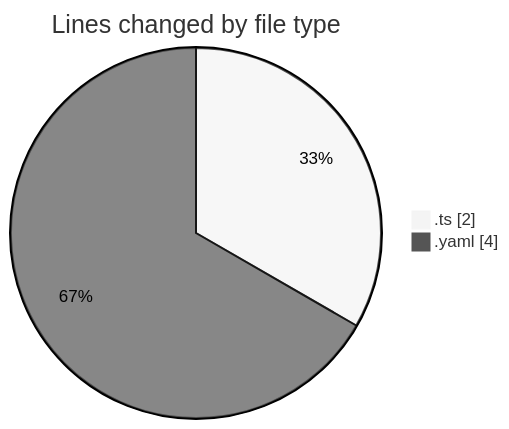
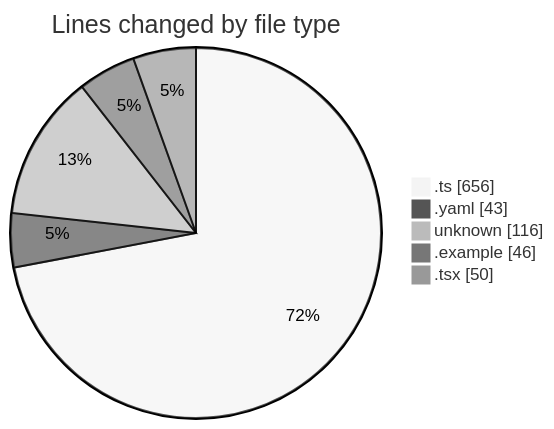
The first of 2 diagrams in 2025-10-01/open-health/README.md (mevix1/code-tracking), drawn with Mermaid (neutral theme) before and after one commit. The commit also changed other lines of this file and 1 other file, not shown here.

````diff
--- a/2025-10-01/open-health/README.md
+++ b/2025-10-01/open-health/README.md
@@ -21,6 +29,9 @@
 ```mermaid
 pie showData
 title Lines changed by file type
-".ts" : 2
-".yaml" : 4
+".ts" : 656
+".yaml" : 43
+"unknown" : 116
+".example" : 46
+".tsx" : 50
 ```
````
